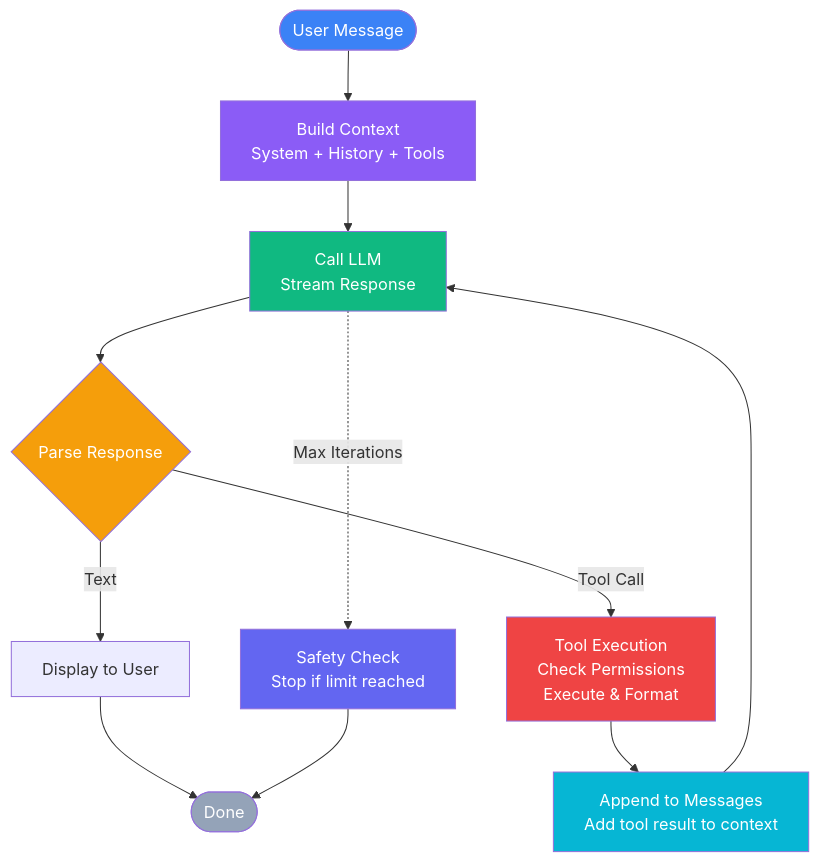
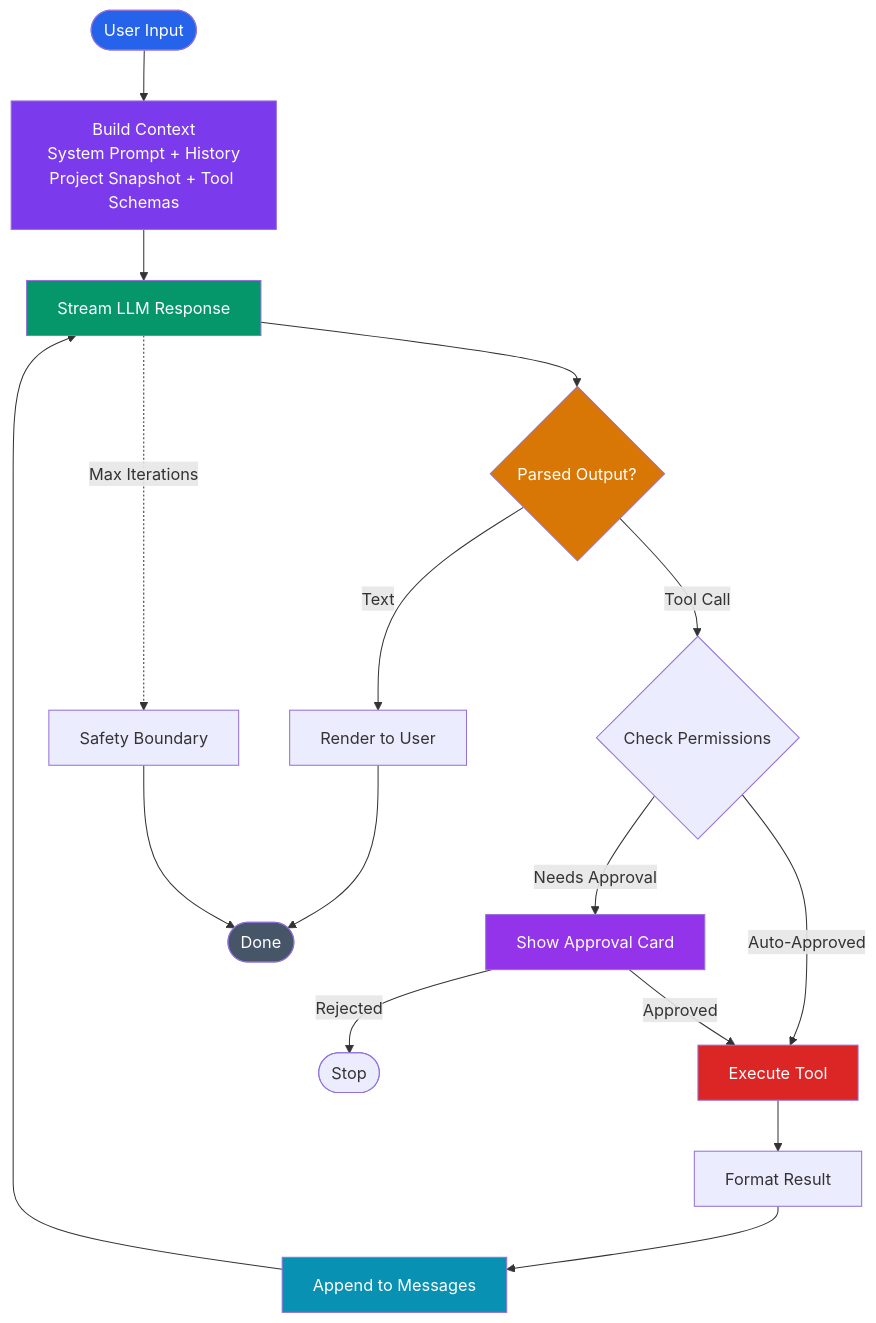
The second of 6 diagrams in README.md (Tribrix23/agentic), drawn with Mermaid before and after one commit. The commit also changed other lines of this file, not shown here.

Commit message:
feat: implement core agentic orchestration layer with file tools, sequential reasoning, and dynamic API dispatcher.

````diff
--- a/README.md
+++ b/README.md
@@ -146,26 +85,32 @@
 ```mermaid
-graph TD
-    Start([User Message]) --> BuildContext[Build Context<br/>System + History + Tools]
-    BuildContext --> CallLLM[Call LLM<br/>Stream Response]
-    CallLLM --> ParseResponse{Parse Response}
-    
-    ParseResponse -->|Text| Display[Display to User]
-    ParseResponse -->|Tool Call| ToolExec[Tool Execution<br/>Check Permissions<br/>Execute & Format]
-    
-    ToolExec --> AppendMsg[Append to Messages<br/>Add tool result to context]
-    AppendMsg --> CallLLM
-    
-    CallLLM -.->|Max Iterations| Safety[Safety Check<br/>Stop if limit reached]
-    
+flowchart TD
+    Start([User Input]) --> Ctx[Build Context<br/>System Prompt + History<br/>Project Snapshot + Tool Schemas]
+
+    Ctx --> LLM[Stream LLM Response]
+    LLM --> Parse{Parsed Output?}
+
+    Parse -->|Text| Display[Render to User]
+    Parse -->|Tool Call| Perms{Check Permissions}
+
+    Perms -->|Auto-Approved| Exec[Execute Tool]
+    Perms -->|Needs Approval| Card[Show Approval Card]
+    Card -->|Approved| Exec
+    Card -->|Rejected| Stop([Stop])
+
+    Exec --> Format[Format Result]
+    Format --> Append[Append to Messages]
+    Append --> LLM
+
     Display --> Done([Done])
+    LLM -.->|Max Iterations| Safety[Safety Boundary]
     Safety --> Done
-    
-    style Start fill:#3b82f6,color:#fff
-    style BuildContext fill:#8b5cf6,color:#fff
-    style CallLLM fill:#10b981,color:#fff
-    style ParseResponse fill:#f59e0b,color:#fff
-    style ToolExec fill:#ef4444,color:#fff
-    style AppendMsg fill:#06b6d4,color:#fff
-    style Safety fill:#6366f1,color:#fff
-    style Done fill:#94a3b8,color:#fff
+
+    style Start fill:#2563eb,color:#fff
+    style Ctx fill:#7c3aed,color:#fff
+    style LLM fill:#059669,color:#fff
+    style Parse fill:#d97706,color:#fff
+    style Exec fill:#dc2626,color:#fff
+    style Append fill:#0891b2,color:#fff
+    style Done fill:#475569,color:#fff
+    style Card fill:#9333ea,color:#fff
 ```
````
